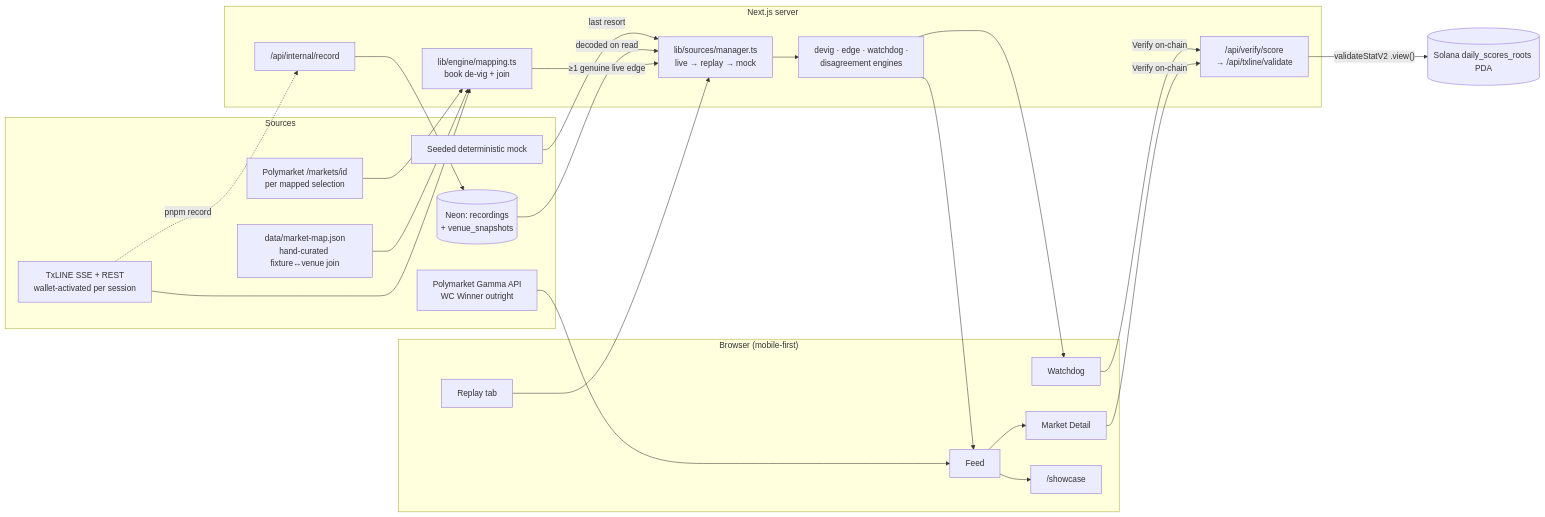
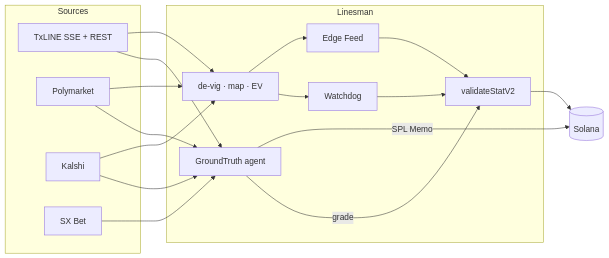
The diagram in README.md (Sahid-m/linesman), drawn with Mermaid before and after one commit. The commit also changed other lines of this file and 84 other files, not shown here.

First line of the commit message:
feat: merge GroundTruth agent into Linesman + add pitch/brief

````diff
--- a/README.md
+++ b/README.md
@@ -31,44 +39,32 @@
 ```mermaid
 flowchart LR
     subgraph Sources
-        TXL[TxLINE SSE + REST\nwallet-activated per session]
-        MAP[data/market-map.json\nhand-curated fixture↔venue join]
-        PMID["Polymarket /markets/id\nper mapped selection"]
-        PM[Polymarket Gamma API\nWC Winner outright]
-        REC[(Neon: recordings\n+ venue_snapshots)]
-        MOCK[Seeded deterministic mock]
+        TXL[TxLINE SSE + REST]
+        PM[Polymarket]
+        KX[Kalshi]
+        SX[SX Bet]
     end
 
-    subgraph Server["Next.js server"]
-        JOIN[lib/engine/mapping.ts\nbook de-vig + join]
-        MGR[lib/sources/manager.ts\nlive → replay → mock]
-        ENG[devig · edge · watchdog ·\ndisagreement engines]
-        VER["/api/verify/score\n→ /api/txline/validate"]
-        RECAPI["/api/internal/record"]
-    end
-
-    subgraph Client["Browser (mobile-first)"]
-        FEED[Feed]
+    subgraph Linesman
+        JOIN[de-vig · map · EV]
+        FEED[Edge Feed]
         DOG[Watchdog]
-        DET[Market Detail]
-        REPLAY[Replay tab]
-        SHOW["/showcase"]
+        GT[GroundTruth agent]
+        VER[validateStatV2]
     end
 
     TXL --> JOIN
-    MAP --> JOIN
-    PMID --> JOIN
-    JOIN -->|"≥1 genuine live edge"| MGR
-    REC -->|"decoded on read"| MGR
-    MOCK -->|"last resort"| MGR
-    MGR --> ENG --> FEED
-    ENG --> DOG
-    PM --> FEED
-    FEED --> DET
-    FEED --> SHOW
-    DET -->|"Verify on-chain"| VER
-    DOG -->|"Verify on-chain"| VER
-    VER -->|"validateStatV2 .view()"| SOL[(Solana daily_scores_roots PDA)]
-    TXL -.->|"pnpm record"| RECAPI --> REC
-    REPLAY --> MGR
+    PM --> JOIN
+    KX --> JOIN
+    JOIN --> FEED
+    JOIN --> DOG
+    TXL --> GT
+    PM --> GT
+    KX --> GT
+    SX --> GT
+    GT -->|SPL Memo| SOL[(Solana)]
+    FEED --> VER
+    DOG --> VER
+    GT -->|grade| VER
+    VER --> SOL
 ```
````
